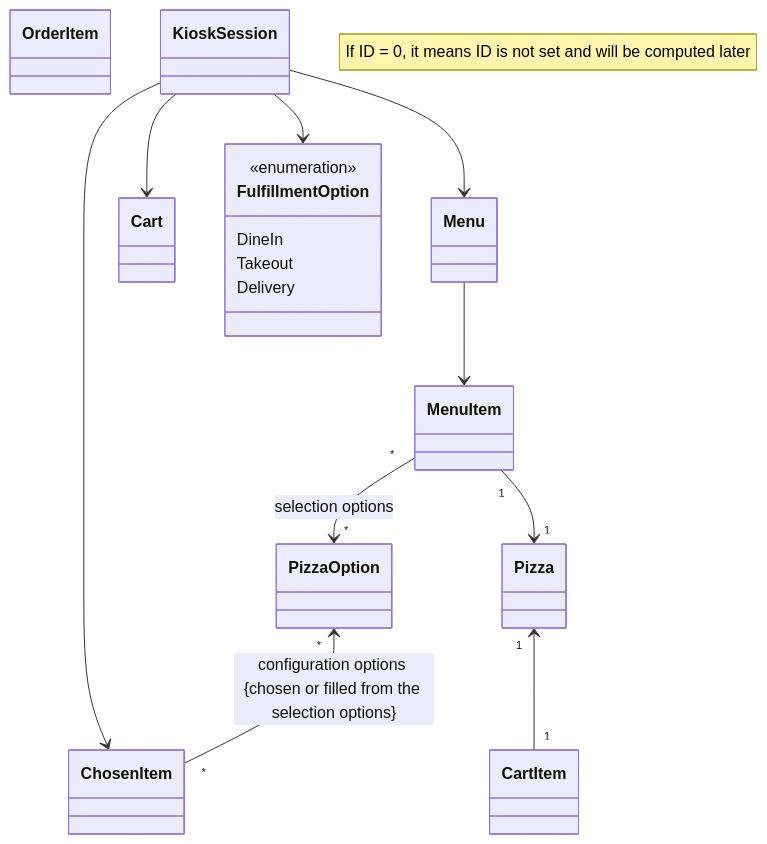
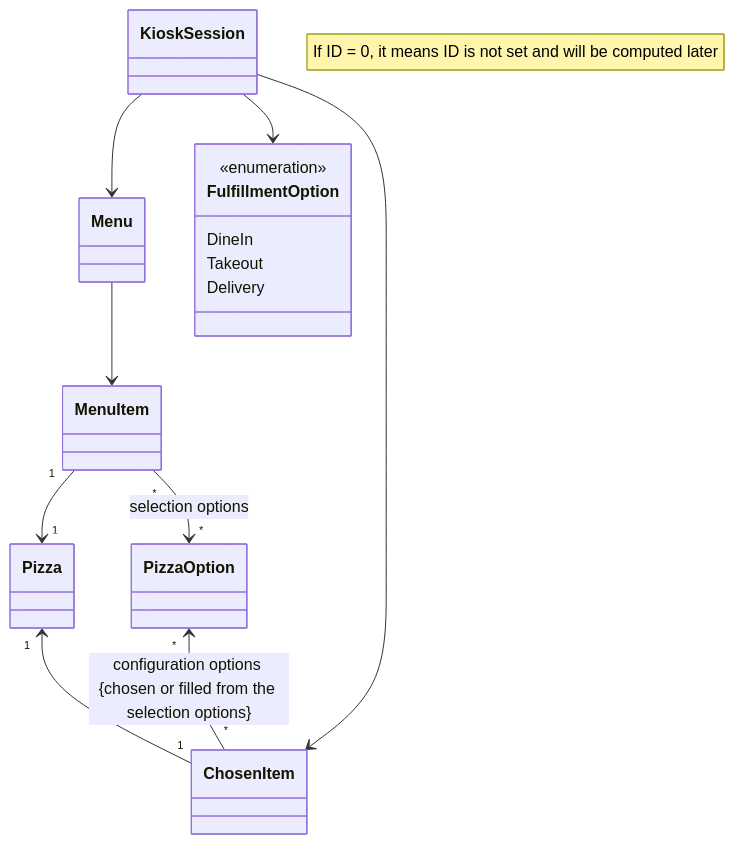
The diagram in README.md (ekral/Utb.PizzaKiosk), drawn with Mermaid before and after one commit.

````diff
--- a/README.md
+++ b/README.md
@@ -160,29 +160,25 @@
 ```mermaid
  classDiagram
    note "If ID = 0, it means ID is not set and will be computed later"
    %% direction LR
    class PizzaOption
    class Pizza
    class MenuItem
    class Menu
    class ChosenItem
-   class CartItem
-   class OrderItem
-   class Cart
    class FulfillmentOption{
       <<enumeration>>
       DineIn
       Takeout
       Delivery
    }
    class KioskSession
    MenuItem "1" --> "1"  Pizza
-   Pizza "1" <-- "1"  CartItem
+   Pizza "1" <-- "1"  ChosenItem
    MenuItem "*" --> "*"  PizzaOption : selection options
    PizzaOption "*" <-- "*" ChosenItem : configuration options {chosen or filled from the selection options}
    Menu --> MenuItem
    KioskSession --> ChosenItem
-   KioskSession --> Cart
    KioskSession --> FulfillmentOption
    KioskSession --> Menu
 ```
````
